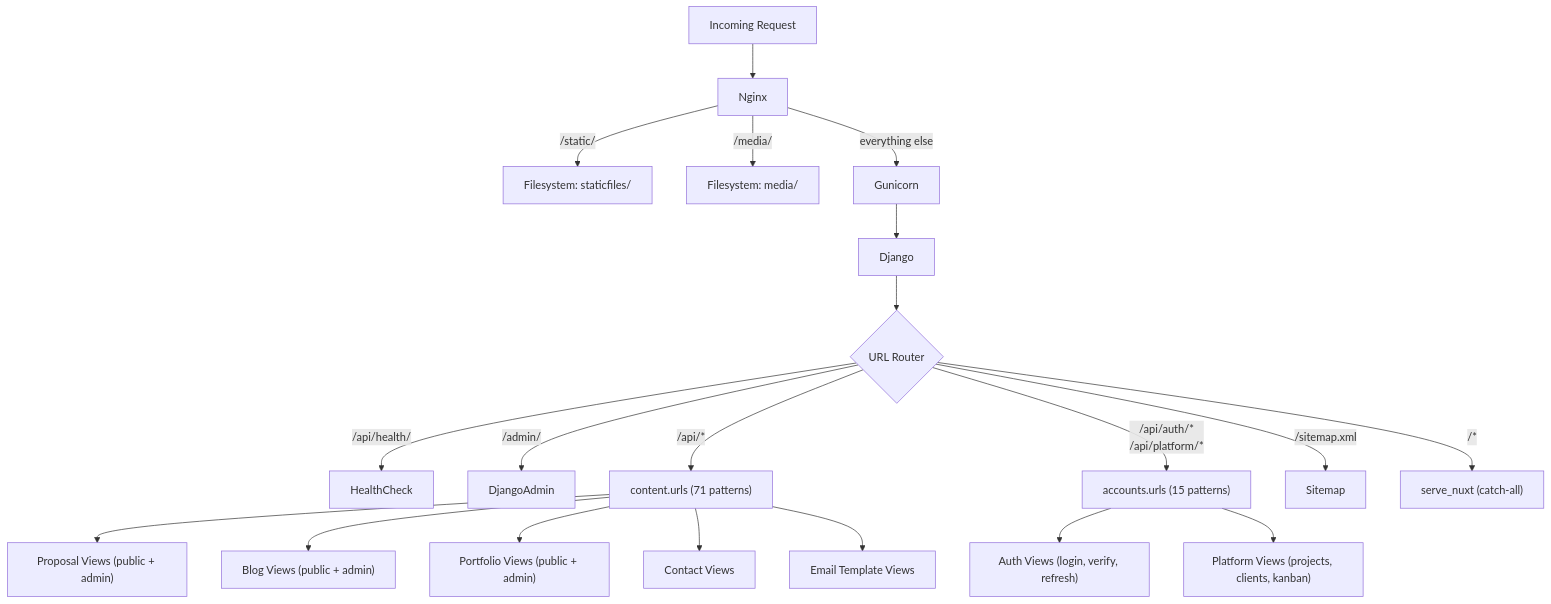
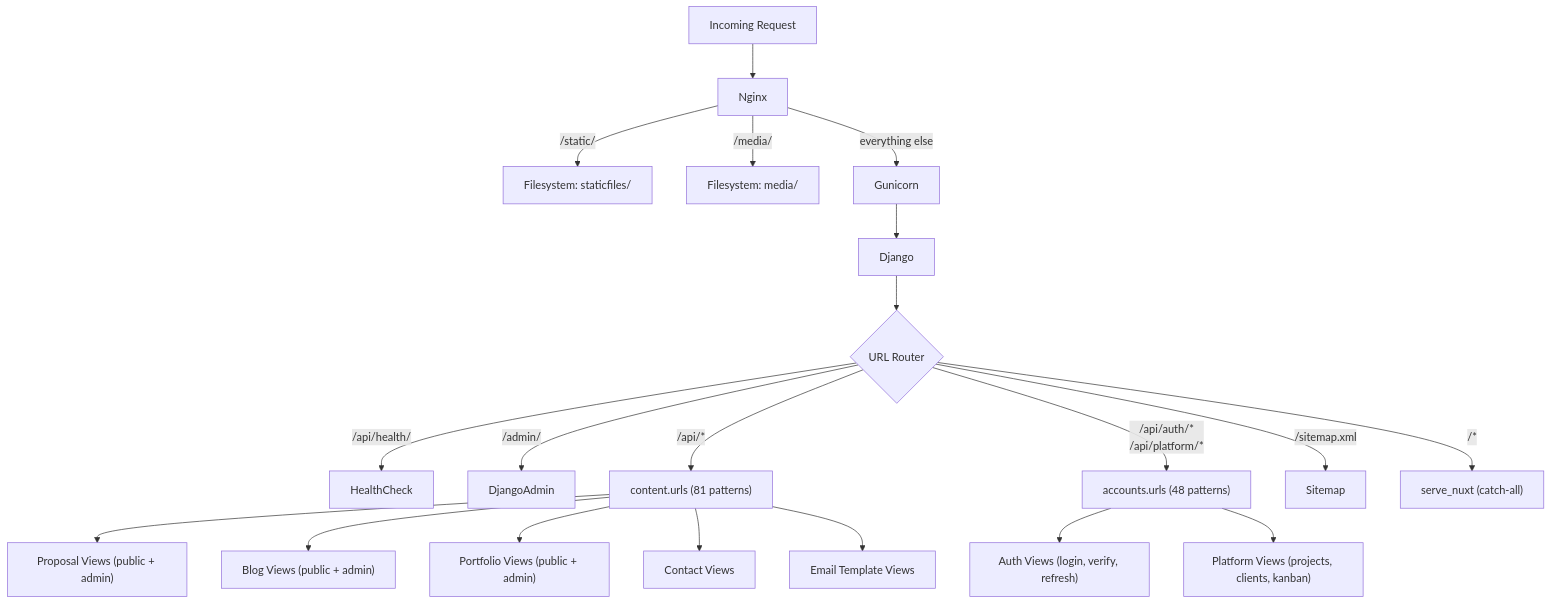
Before and after one commit to gustavop-dev/projectapp: the third of 10 diagrams in docs/methodology/architecture.md, drawn with Mermaid. The commit also changed other lines of this file and 15 other files, not shown here.

````diff
--- a/docs/methodology/architecture.md
+++ b/docs/methodology/architecture.md
@@ -82,28 +82,28 @@
 ```mermaid
 flowchart TD
     Request[Incoming Request] --> Nginx
 
     Nginx -->|/static/| FS1[Filesystem: staticfiles/]
     Nginx -->|/media/| FS2[Filesystem: media/]
     Nginx -->|everything else| Gunicorn
 
     Gunicorn --> Django
     Django --> URLRouter{URL Router}
 
     URLRouter -->|/api/health/| HealthCheck
     URLRouter -->|/admin/| DjangoAdmin
 
-    URLRouter -->|/api/*| ContentURLs["content.urls (71 patterns)"]
-    URLRouter -->|/api/auth/*<br>/api/platform/*| AccountsURLs["accounts.urls (15 patterns)"]
+    URLRouter -->|/api/*| ContentURLs["content.urls (81 patterns)"]
+    URLRouter -->|/api/auth/*<br>/api/platform/*| AccountsURLs["accounts.urls (48 patterns)"]
     URLRouter -->|/sitemap.xml| Sitemap
     URLRouter -->|/*| ServeNuxt["serve_nuxt (catch-all)"]
 
     AccountsURLs --> AuthViews["Auth Views (login, verify, refresh)"]
     AccountsURLs --> PlatformViews["Platform Views (projects, clients, kanban)"]
 
     ContentURLs --> ProposalViews["Proposal Views (public + admin)"]
     ContentURLs --> BlogViews["Blog Views (public + admin)"]
     ContentURLs --> PortfolioViews["Portfolio Views (public + admin)"]
     ContentURLs --> ContactViews["Contact Views"]
     ContentURLs --> EmailTemplateViews["Email Template Views"]
 ```
````
